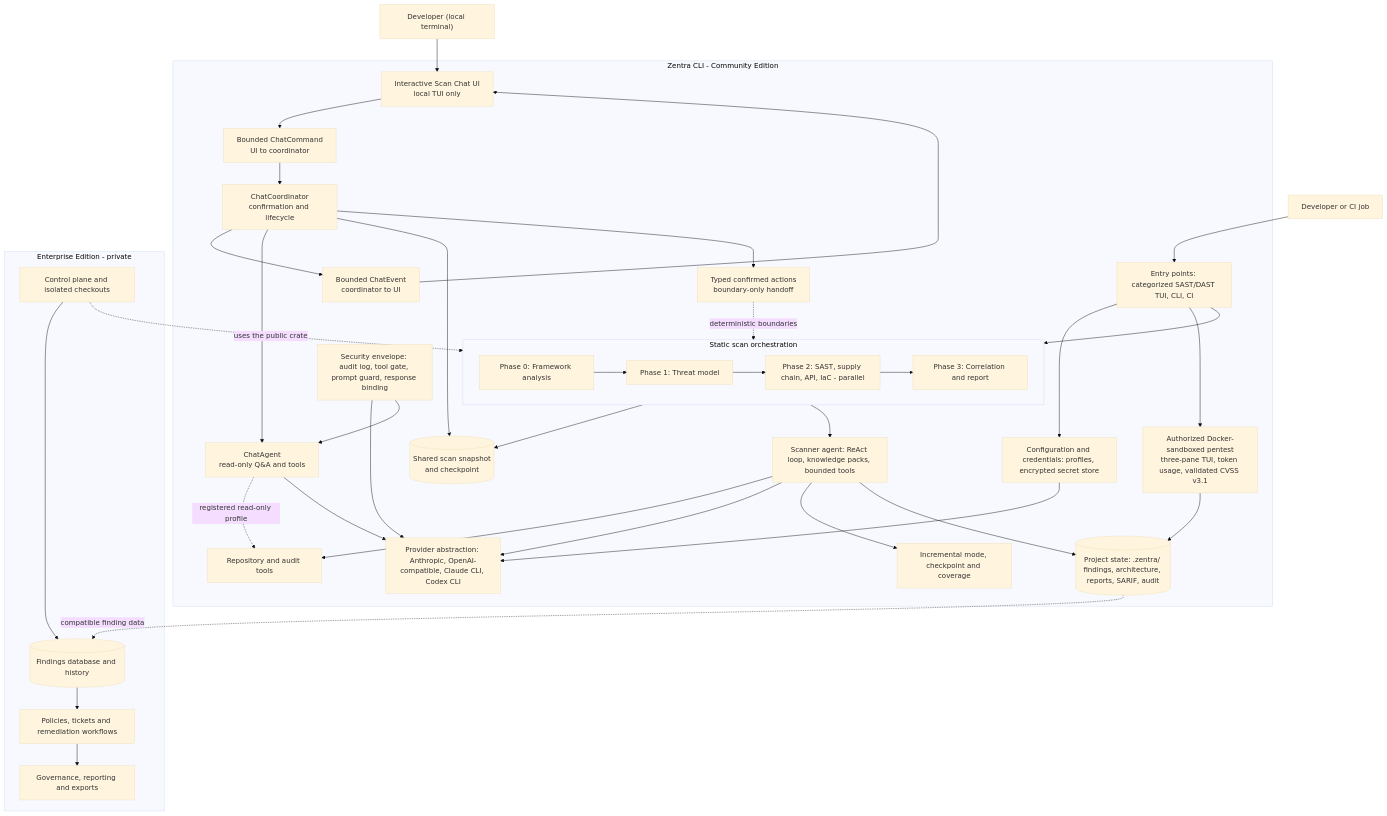
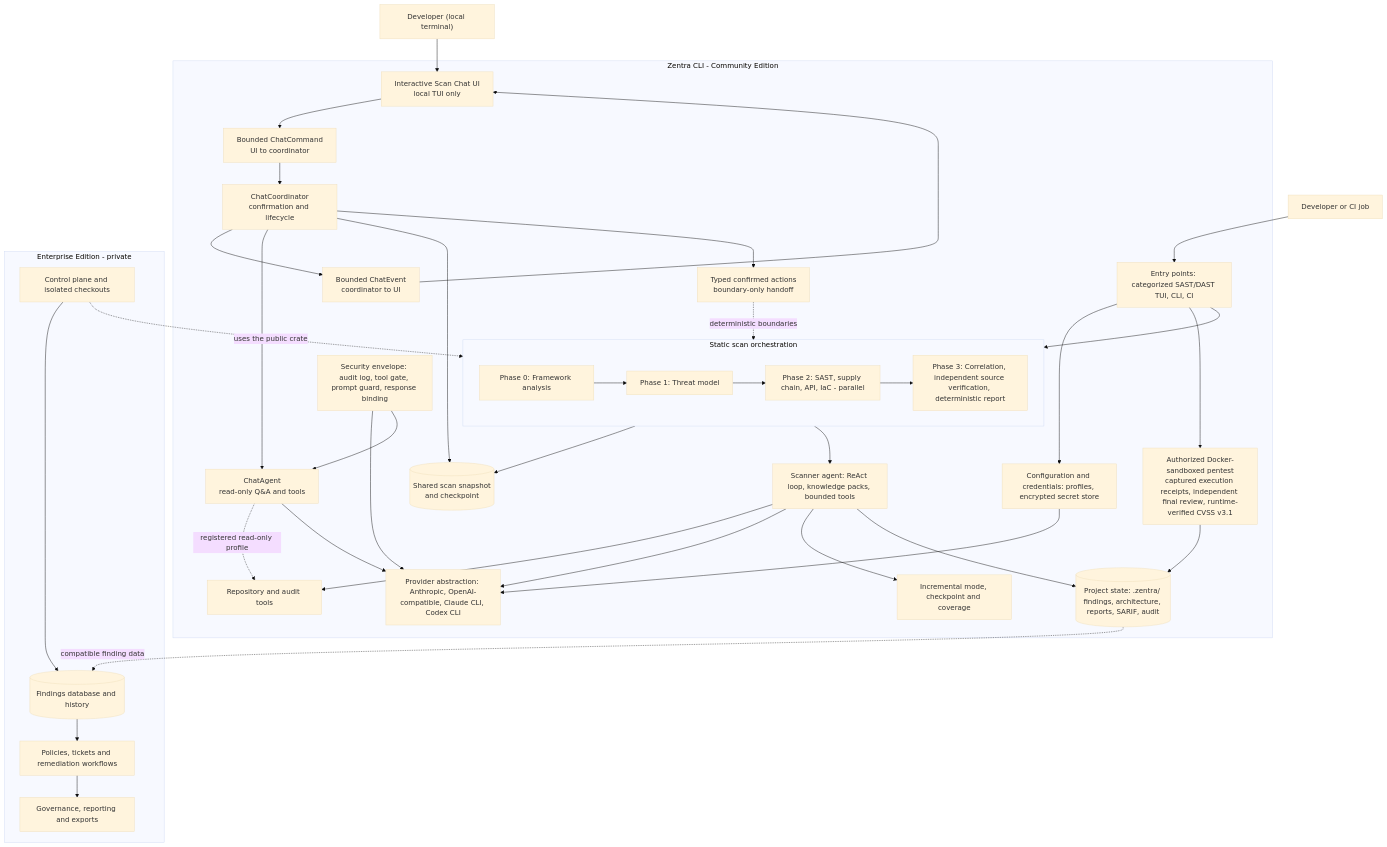
Before and after one commit to johannus22/zentra: the diagram in architecture.mmd, drawn with Mermaid (base theme). The commit also changed 47 other files, not shown here.

```diff
--- a/architecture.mmd
+++ b/architecture.mmd
@@ -1,68 +1,68 @@
 %% Zentra CLI - current high-level architecture
 %% Community Edition is public. Enterprise Edition consumes this crate as a library.
 graph TB
     User["Developer or CI job"]
     LocalDeveloper["Developer (local terminal)"]
 
     subgraph CE["Zentra CLI - Community Edition"]
         Entry["Entry points: categorized SAST/DAST TUI, CLI, CI"]
         ChatUI["Interactive Scan Chat UI\nlocal TUI only"]
         ChatCommand["Bounded ChatCommand\nUI to coordinator"]
         ChatEvent["Bounded ChatEvent\ncoordinator to UI"]
         ChatCoordinator["ChatCoordinator\nconfirmation and lifecycle"]
         ChatAgent["ChatAgent\nread-only Q&A and tools"]
         ChatState[("Shared scan snapshot\nand checkpoint")]
         TypedActions["Typed confirmed actions\nboundary-only handoff"]
         Config["Configuration and credentials: profiles, encrypted secret store"]
         Security["Security envelope: audit log, tool gate, prompt guard, response binding"]
         Provider["Provider abstraction: Anthropic, OpenAI-compatible, Claude CLI, Codex CLI"]
 
         subgraph Scan["Static scan orchestration"]
             Framework["Phase 0: Framework analysis"]
             Threat["Phase 1: Threat model"]
             Parallel["Phase 2: SAST, supply chain, API, IaC - parallel"]
-            Report["Phase 3: Correlation and report"]
+            Report["Phase 3: Correlation, independent source verification, deterministic report"]
             Framework --> Threat --> Parallel --> Report
         end
 
         Agent["Scanner agent: ReAct loop, knowledge packs, bounded tools"]
         Tools["Repository and audit tools"]
         Incremental["Incremental mode, checkpoint and coverage"]
         State[("Project state: .zentra/ findings, architecture, reports, SARIF, audit")]
-        Pentest["Authorized Docker-sandboxed pentest<br/>three-pane TUI, token usage, validated CVSS v3.1"]
+        Pentest["Authorized Docker-sandboxed pentest<br/>captured execution receipts, independent final review, runtime-verified CVSS v3.1"]
     end
 
     subgraph ENT["Enterprise Edition - private"]
         Control["Control plane and isolated checkouts"]
         Findings[("Findings database and history")]
         Actions["Policies, tickets and remediation workflows"]
         Dashboard["Governance, reporting and exports"]
     end
 
     User --> Entry
     LocalDeveloper --> ChatUI
     Entry --> Config
     Entry --> Scan
     Entry --> Pentest
     ChatUI --> ChatCommand --> ChatCoordinator
     ChatCoordinator --> ChatEvent --> ChatUI
     ChatCoordinator --> ChatAgent
     ChatCoordinator --> ChatState
     Scan --> ChatState
     ChatCoordinator --> TypedActions
     TypedActions -. "deterministic boundaries" .-> Scan
     Config --> Provider
     Security --> Provider
     Security --> ChatAgent
     Scan --> Agent
     Agent --> Tools
     Agent --> Provider
     ChatAgent -. "registered read-only profile" .-> Tools
     ChatAgent --> Provider
     Agent --> Incremental
     Agent --> State
     Pentest --> State
 
     Control -. "uses the public crate" .-> Scan
     Control --> Findings --> Actions --> Dashboard
     State -. "compatible finding data" .-> Findings
```
